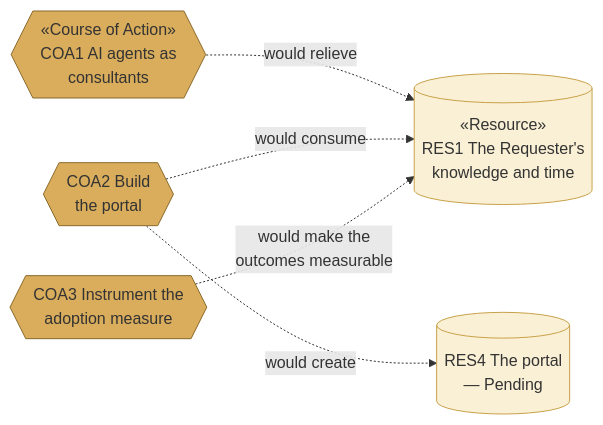
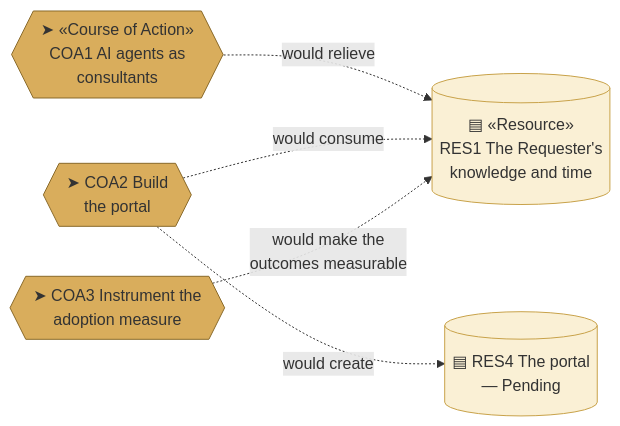
The sixth of 6 diagrams in organization/docs/ea/1_strategy/2_capabilities-and-resources.md (roanboc/architecture-archreator), drawn with Mermaid before and after one commit. The commit also changed other lines of this file and 7 other files, not shown here.

````diff
--- a/organization/docs/ea/1_strategy/2_capabilities-and-resources.md
+++ b/organization/docs/ea/1_strategy/2_capabilities-and-resources.md
@@ -224,17 +267,17 @@
 ```mermaid
 flowchart LR
-  coa1{{"«Course of Action»<br>COA1 AI agents as<br>consultants"}}:::action
-  coa2{{"COA2 Build<br>the portal"}}:::action
-  coa3{{"COA3 Instrument the<br>adoption measure"}}:::action
+  coa1{{"➤ «Course of Action»<br>COA1 AI agents as<br>consultants"}}:::action
+  coa2{{"➤ COA2 Build<br>the portal"}}:::action
+  coa3{{"➤ COA3 Instrument the<br>adoption measure"}}:::action
 
-  res1[("«Resource»<br>RES1 The Requester's<br>knowledge and time")]:::resource
-  res4[("RES4 The portal<br>— Pending")]:::resource
+  res1[("▤ «Resource»<br>RES1 The Requester's<br>knowledge and time")]:::resource
+  res4[("▤ RES4 The portal<br>— Pending")]:::resource
 
   coa1 -.->|would relieve| res1
   coa2 -.->|would create| res4
   coa2 -.->|would consume| res1
   coa3 -.->|would make the<br>outcomes measurable| res1
 
   classDef action fill:#d9ad5c,stroke:#8a6a2a,color:#333
   classDef resource fill:#faf0d5,stroke:#c8a24a,color:#333
 ```
````
